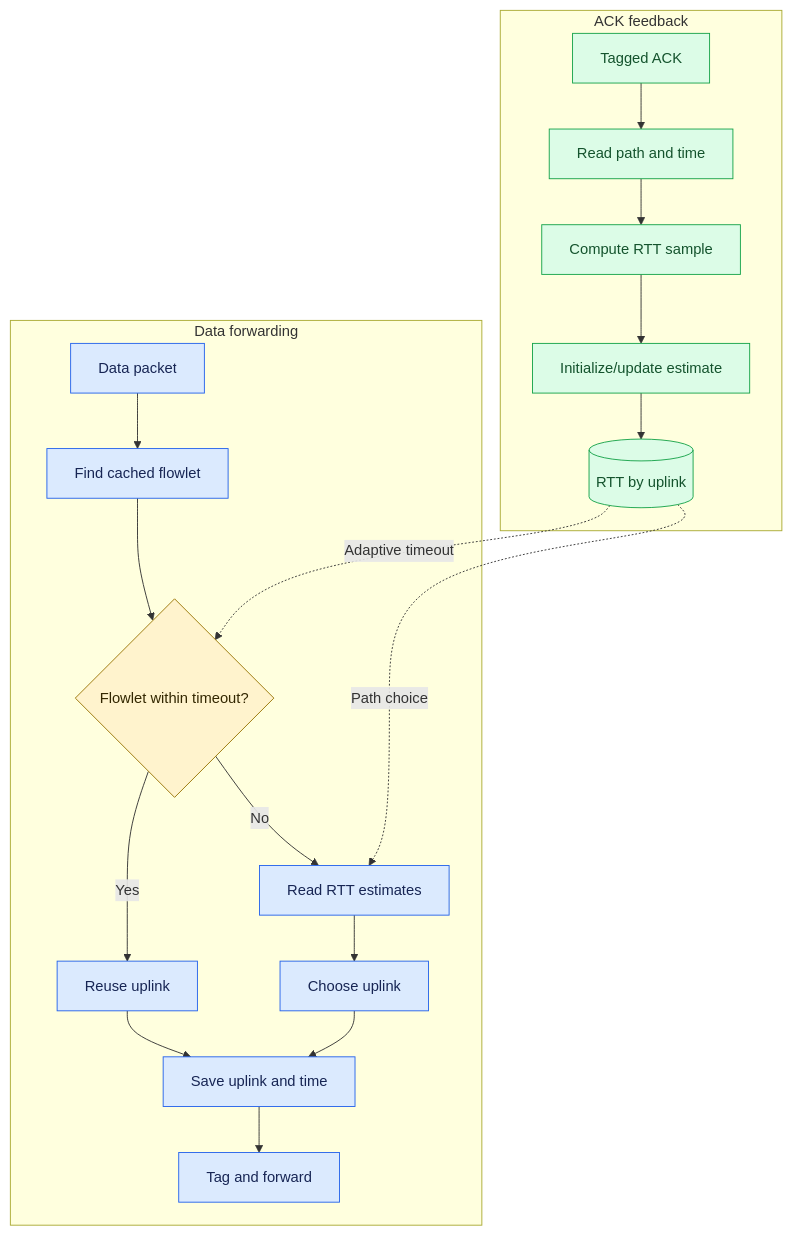
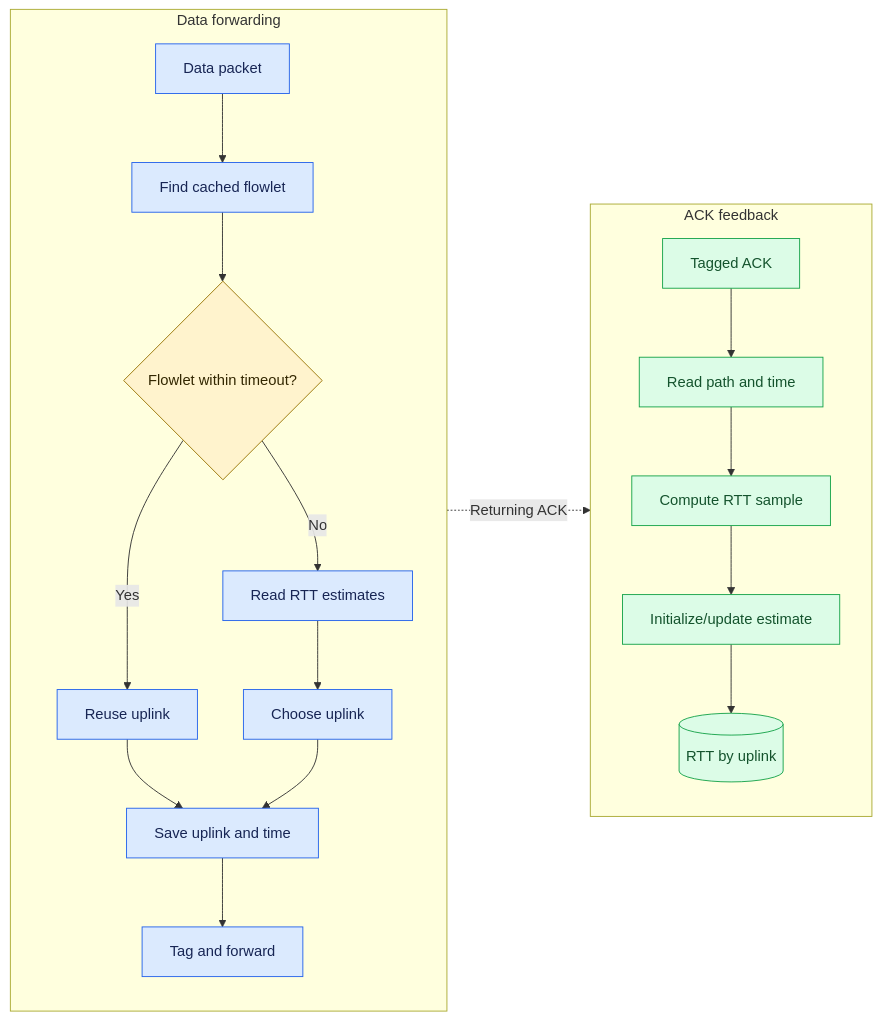
Before and after one commit to Hemadri01/rtt-aware-routing: the first of 2 diagrams in README.md, drawn with Mermaid. The commit also changed other lines of this file, not shown here.

Commit message:
Readme re-update

```diff
--- a/README.md
+++ b/README.md
@@ -42,30 +42,31 @@
 ~~~mermaid
-flowchart TB
+flowchart LR
     subgraph forwarding["Data forwarding"]
+        direction TB
         packet["Data packet"] --> lookup["Find cached flowlet"]
         lookup --> active{"Flowlet within timeout?"}
         active -->|Yes| reuse["Reuse uplink"]
         active -->|No| metrics["Read RTT estimates"]
         metrics --> select["Choose uplink"]
         reuse --> record["Save uplink and time"]
         select --> record
         record --> forward["Tag and forward"]
     end
 
     subgraph measurement["ACK feedback"]
+        direction TB
         feedback["Tagged ACK"] --> associate["Read path and time"]
         associate --> sample["Compute RTT sample"]
         sample --> smooth["Initialize/update estimate"]
         smooth --> estimates[("RTT by uplink")]
     end
 
-    estimates -.->|Path choice| metrics
-    estimates -.->|Adaptive timeout| active
+    forwarding -.->|Returning ACK| measurement
 
     classDef decision fill:#fff3cd,stroke:#997404,color:#332701;
     classDef routing fill:#dbeafe,stroke:#2563eb,color:#172554;
     classDef timing fill:#dcfce7,stroke:#16a34a,color:#14532d;
     class active decision;
     class packet,lookup,reuse,metrics,select,record,forward routing;
     class feedback,associate,sample,smooth,estimates timing;
 ~~~
```
